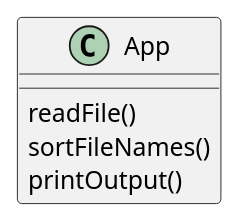
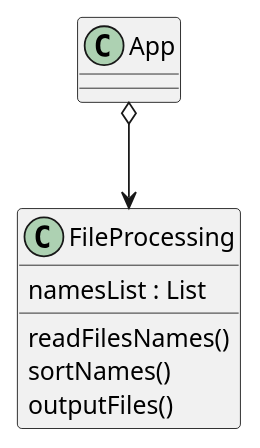
Before and after one commit to Melisac105/cabrera-cop3330-assignment3: the diagram in docs/ex41.puml, drawn with PlantUML. The commit also changed 4 other files, not shown here.

Commit message:
ex41 add uml file

```diff
--- a/docs/ex41.puml
+++ b/docs/ex41.puml
@@ -1,14 +1,18 @@
 @startuml
 
-class App{
+class App {}
 
-    readFile()
-    sortFileNames()
-    printOutput()
+class FileProcessing {
+    namesList : List
 
+    readFilesNames()
+    sortNames()
+    outputFiles()
 }
+
+App o--> FileProcessing
 
 
 
 
 @enduml
```
